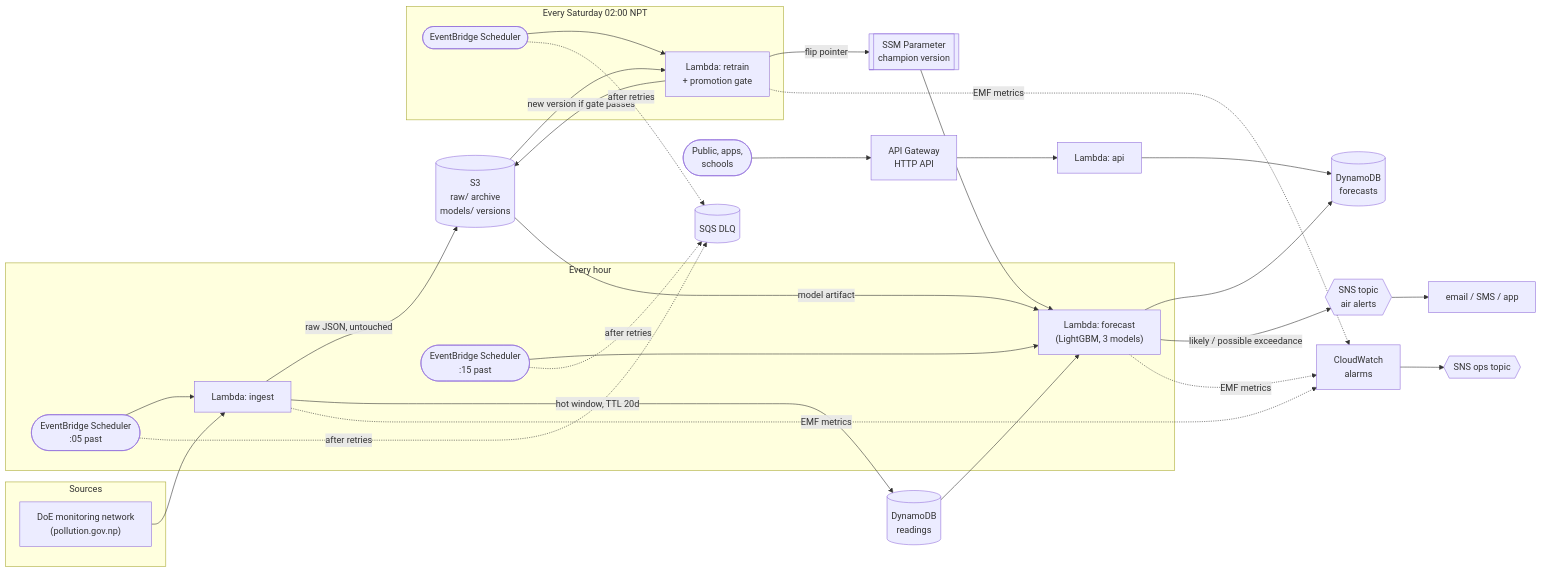
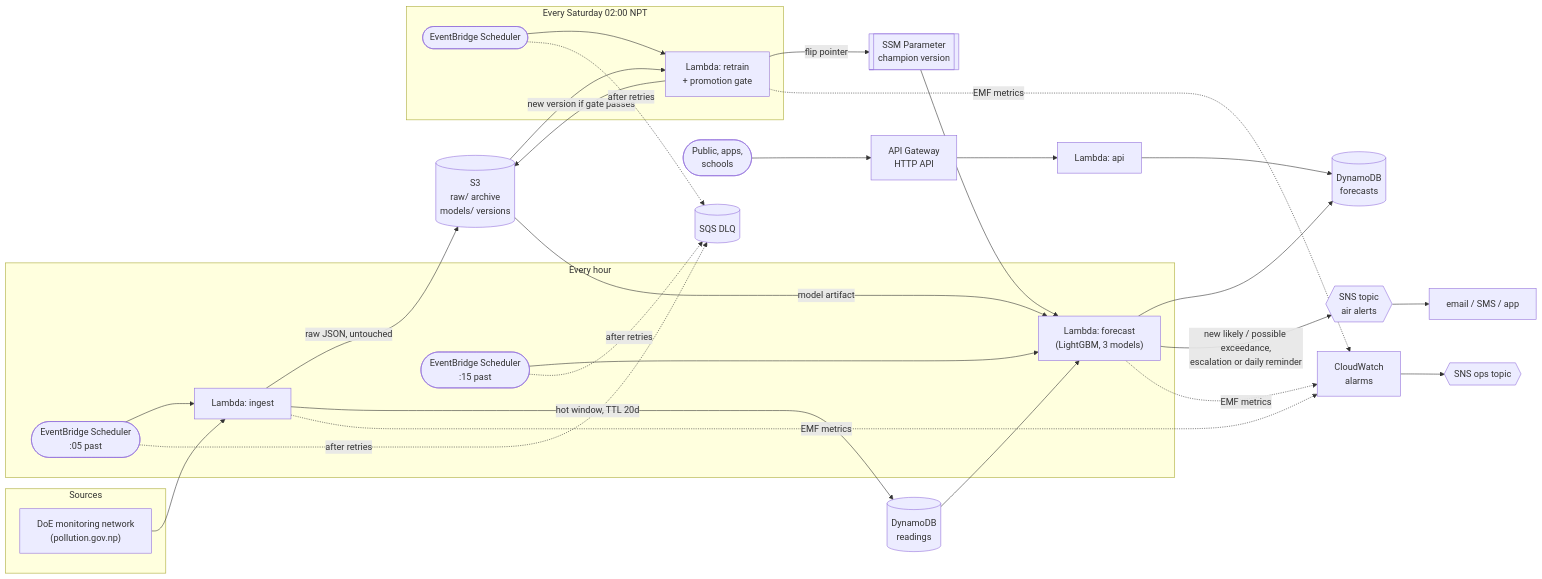
Before and after one commit to bikash9cmd/air-quality-forecast-kathmandu: the first of 2 diagrams in docs/ARCHITECTURE.md, drawn with Mermaid. The commit also changed 9 other files, not shown here.

First line of the commit message:
fix(alerts): send an alert once per exceedance, not every hour (#4)

````diff
--- a/docs/ARCHITECTURE.md
+++ b/docs/ARCHITECTURE.md
@@ -20,37 +20,37 @@
 ```mermaid
 flowchart LR
     subgraph Sources
         DOE["DoE monitoring network<br/>(pollution.gov.np)"]
     end
 
     subgraph Hourly["Every hour"]
         SCH1(["EventBridge Scheduler<br/>:05 past"]) --> ING["Lambda: ingest"]
         SCH2(["EventBridge Scheduler<br/>:15 past"]) --> FC["Lambda: forecast<br/>(LightGBM, 3 models)"]
     end
 
     subgraph Weekly["Every Saturday 02:00 NPT"]
         SCH3(["EventBridge Scheduler"]) --> RT["Lambda: retrain<br/>+ promotion gate"]
     end
 
     DOE --> ING
     ING -->|"raw JSON, untouched"| S3[("S3<br/>raw/ archive<br/>models/ versions")]
     ING -->|"hot window, TTL 20d"| RD[("DynamoDB<br/>readings")]
     RD --> FC
     SSM[["SSM Parameter<br/>champion version"]] --> FC
     S3 -->|"model artifact"| FC
     FC --> FT[("DynamoDB<br/>forecasts")]
-    FC -->|"likely / possible exceedance"| SNS{{"SNS topic<br/>air alerts"}}
+    FC -->|"new likely / possible exceedance,<br/>escalation or daily reminder"| SNS{{"SNS topic<br/>air alerts"}}
     SNS --> SUB["email / SMS / app"]
 
     S3 --> RT
     RT -->|"new version if gate passes"| S3
     RT -->|"flip pointer"| SSM
 
     USER(["Public, apps,<br/>schools"]) --> API["API Gateway<br/>HTTP API"] --> AF["Lambda: api"] --> FT
 
     FC -. EMF metrics .-> CW["CloudWatch<br/>alarms"]
     ING -. EMF metrics .-> CW
     RT -. EMF metrics .-> CW
     CW --> OPS{{"SNS ops topic"}}
     SCH1 & SCH2 & SCH3 -. "after retries" .-> DLQ[("SQS DLQ")]
 ```
````
